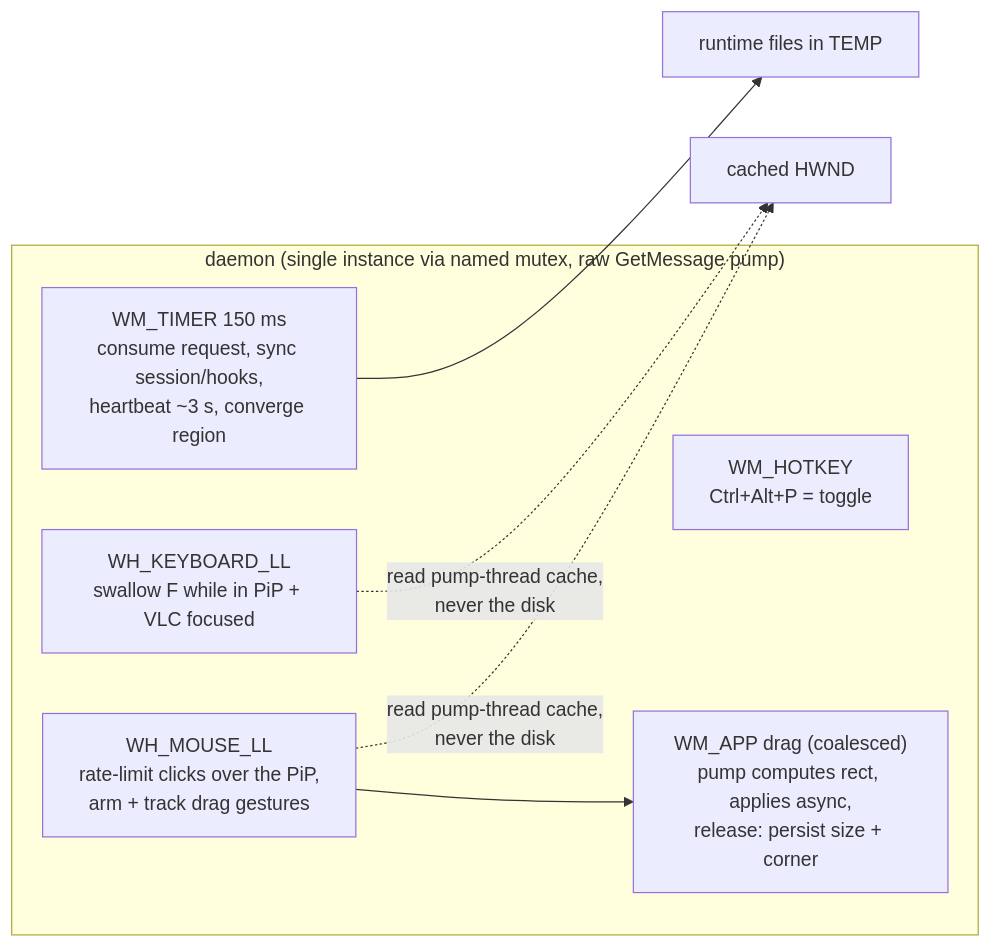
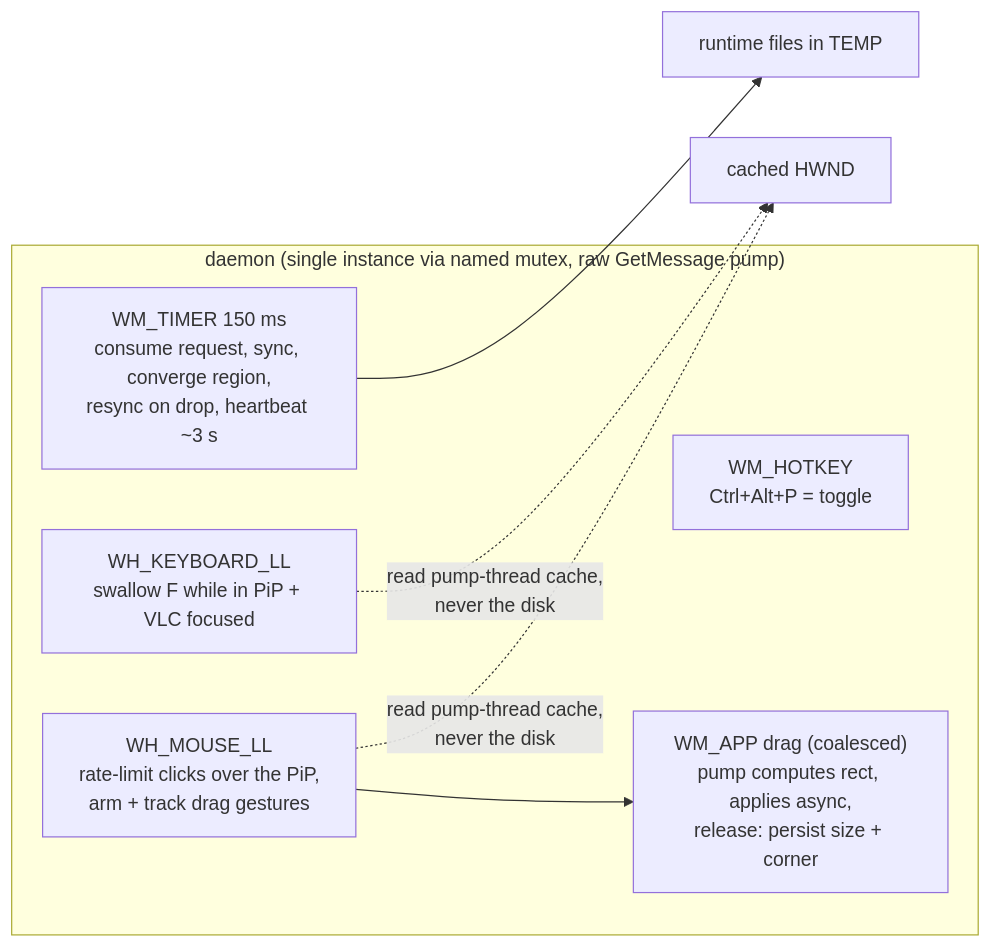
One commit to Bug-Finderr/vlc-pip changed the second of 2 diagrams in docs/ARCHITECTURE.md. Above: the diagram before and after it, drawn with Mermaid. The commit also changed other lines of this file and 4 other files, not shown here.

````diff
--- a/docs/ARCHITECTURE.md
+++ b/docs/ARCHITECTURE.md
@@ -26,13 +26,13 @@
 ```mermaid
 flowchart LR
     subgraph D["daemon (single instance via named mutex, raw GetMessage pump)"]
-        T["WM_TIMER 150 ms<br>consume request, sync session/hooks,<br>heartbeat ~3 s, converge region"]
+        T["WM_TIMER 150 ms<br>consume request, sync, converge region,<br>resync on drop, heartbeat ~3 s"]
         H["WM_HOTKEY<br>Ctrl+Alt+P = toggle"]
         K["WH_KEYBOARD_LL<br>swallow F while in PiP + VLC focused"]
         M["WH_MOUSE_LL<br>rate-limit clicks over the PiP,<br>arm + track drag gestures"]
         G["WM_APP drag (coalesced)<br>pump computes rect, applies async,<br>release: persist size + corner"]
     end
     M --> G
     T --> FILES["runtime files in TEMP"]
     K & M -.->|read pump-thread cache,<br>never the disk| CACHE["cached HWND"]
 ```
````
